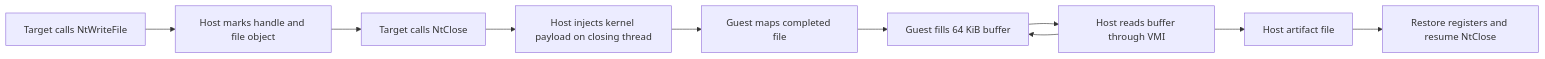
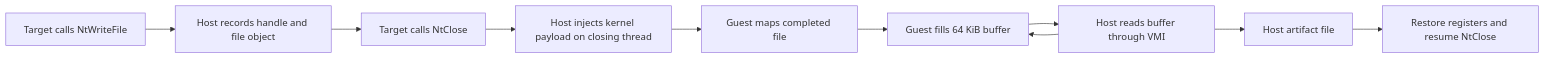
One commit to vmi-rs/vmi changed the first of 3 diagrams in examples/windows-bridge/file_transfer/README.md. Above: the diagram before and after it, drawn with Mermaid. The commit also changed other lines of this file and 7 other files, not shown here.

````diff
--- a/examples/windows-bridge/file_transfer/README.md
+++ b/examples/windows-bridge/file_transfer/README.md
@@ -16,12 +16,12 @@
 ```mermaid
 flowchart LR
-    Write["Target calls NtWriteFile"] --> Mark["Host marks handle and file object"]
-    Mark --> Close["Target calls NtClose"]
+    Write["Target calls NtWriteFile"] --> Record["Host records handle and file object"]
+    Record --> Close["Target calls NtClose"]
     Close --> Inject["Host injects kernel payload on closing thread"]
     Inject --> MapFile["Guest maps completed file"]
     MapFile --> Buffer["Guest fills 64 KiB buffer"]
     Buffer --> HostRead["Host reads buffer through VMI"]
     HostRead --> Output["Host artifact file"]
     HostRead --> Buffer
     Output --> Resume["Restore registers and resume NtClose"]
 ```
````
